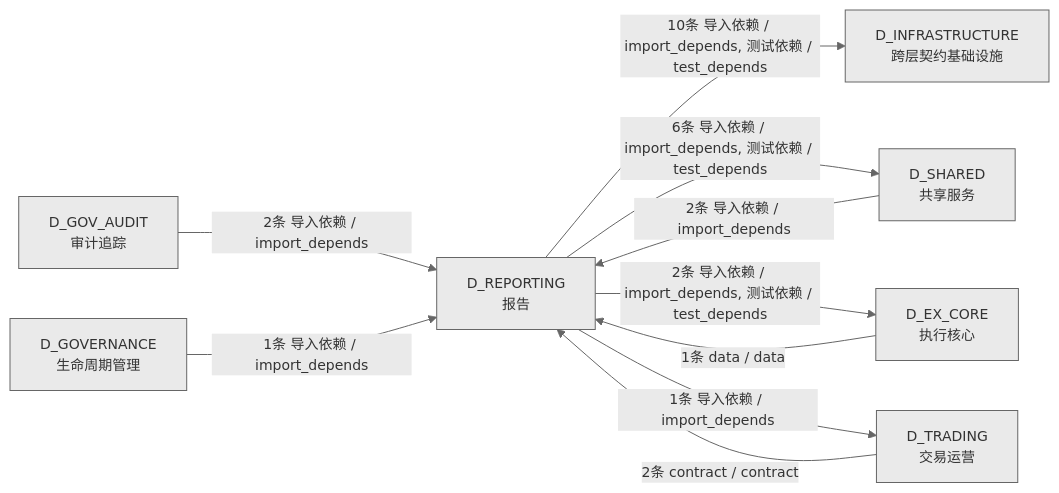
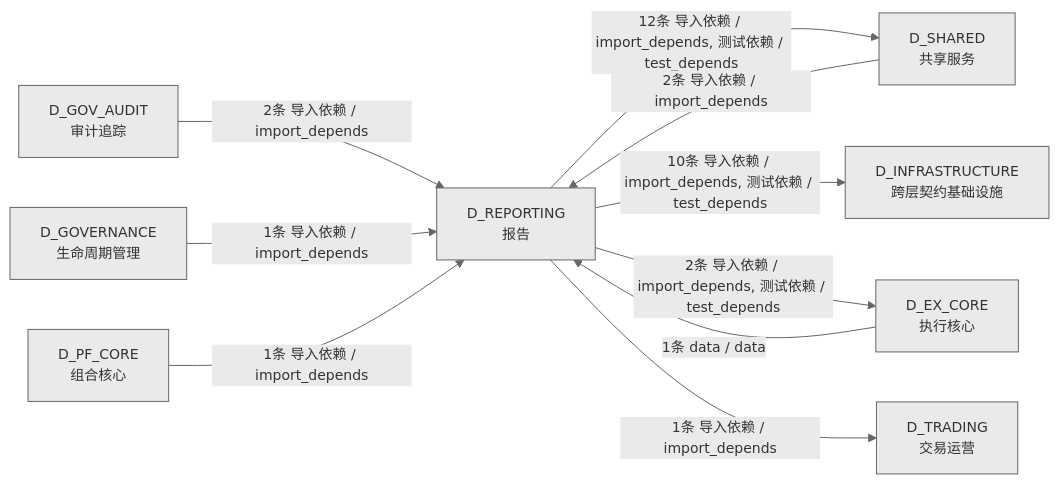
One commit to xuanFelixVan/ZephyrAlpha changed the fourth of 4 diagrams in docs/02_enterprise_architecture/02_domain_architecture_docs/26_d_reporting.md. Above: the diagram before and after it, drawn with Mermaid. The commit also changed other lines of this file and 49 other files, not shown here.

````diff
--- a/docs/02_enterprise_architecture/02_domain_architecture_docs/26_d_reporting.md
+++ b/docs/02_enterprise_architecture/02_domain_architecture_docs/26_d_reporting.md
@@ -234,20 +249,21 @@
 ```mermaid
 %%{init: {'theme': 'base', 'themeVariables': {'primaryColor': '#eaeaea', 'primaryTextColor': '#333333', 'primaryBorderColor': '#666666', 'lineColor': '#666666', 'secondaryColor': '#eaeaea', 'tertiaryColor': '#eaeaea', 'fontSize': '14px'}}}%%
 graph LR
     D_REPORTING["D_REPORTING<br/>报告"]
+    D_SHARED["D_SHARED<br/>共享服务"]
     D_INFRASTRUCTURE["D_INFRASTRUCTURE<br/>跨层契约基础设施"]
-    D_SHARED["D_SHARED<br/>共享服务"]
     D_EX_CORE["D_EX_CORE<br/>执行核心"]
     D_TRADING["D_TRADING<br/>交易运营"]
     D_GOV_AUDIT["D_GOV_AUDIT<br/>审计追踪"]
     D_GOVERNANCE["D_GOVERNANCE<br/>生命周期管理"]
+    D_PF_CORE["D_PF_CORE<br/>组合核心"]
+    D_REPORTING -->|12条 导入依赖 / import_depends, 测试依赖 / test_depends| D_SHARED
     D_REPORTING -->|10条 导入依赖 / import_depends, 测试依赖 / test_depends| D_INFRASTRUCTURE
-    D_REPORTING -->|6条 导入依赖 / import_depends, 测试依赖 / test_depends| D_SHARED
     D_REPORTING -->|2条 导入依赖 / import_depends, 测试依赖 / test_depends| D_EX_CORE
     D_REPORTING -->|1条 导入依赖 / import_depends| D_TRADING
     D_GOV_AUDIT -->|2条 导入依赖 / import_depends| D_REPORTING
     D_SHARED -->|2条 导入依赖 / import_depends| D_REPORTING
-    D_TRADING -->|2条 contract / contract| D_REPORTING
     D_EX_CORE -->|1条 data / data| D_REPORTING
     D_GOVERNANCE -->|1条 导入依赖 / import_depends| D_REPORTING
+    D_PF_CORE -->|1条 导入依赖 / import_depends| D_REPORTING
 ```
````
